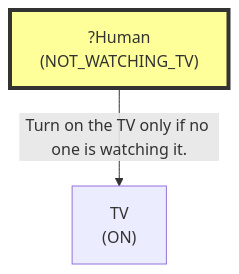
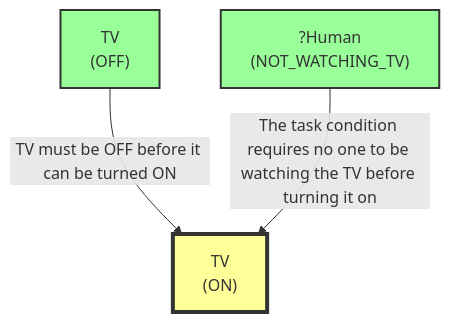
Before and after one commit to scuama/virtualhome: diagram 21 of 22 in evaluation/results/table1/robostate/scale/S7/S-G02/run_T1_SCALE_SG02_S7.md, drawn with Mermaid. The commit also changed other lines of this file and 96 other files, not shown here.

````diff
--- a/evaluation/results/table1/robostate/scale/S7/S-G02/run_T1_SCALE_SG02_S7.md
+++ b/evaluation/results/table1/robostate/scale/S7/S-G02/run_T1_SCALE_SG02_S7.md
@@ -1406,7 +1634,11 @@
 ```mermaid
 graph TD
     N1["TV<br>(ON)"]
-    N2["?Human<br>(NOT_WATCHING_TV)"]
-    style N2 fill:#ff9,stroke:#333,stroke-width:4px
-    N2 -->|"Turn on the TV only if no one is watching it."| N1
+    style N1 fill:#ff9,stroke:#333,stroke-width:4px
+    N2["TV<br>(OFF)"]
+    style N2 fill:#9f9,stroke:#333,stroke-width:2px
+    N3["?Human<br>(NOT_WATCHING_TV)"]
+    style N3 fill:#9f9,stroke:#333,stroke-width:2px
+    N2 -->|"TV must be OFF before it can be turned ON"| N1
+    N3 -->|"The task condition requires no one to be watching the TV before turning it on"| N1
 ```
````
